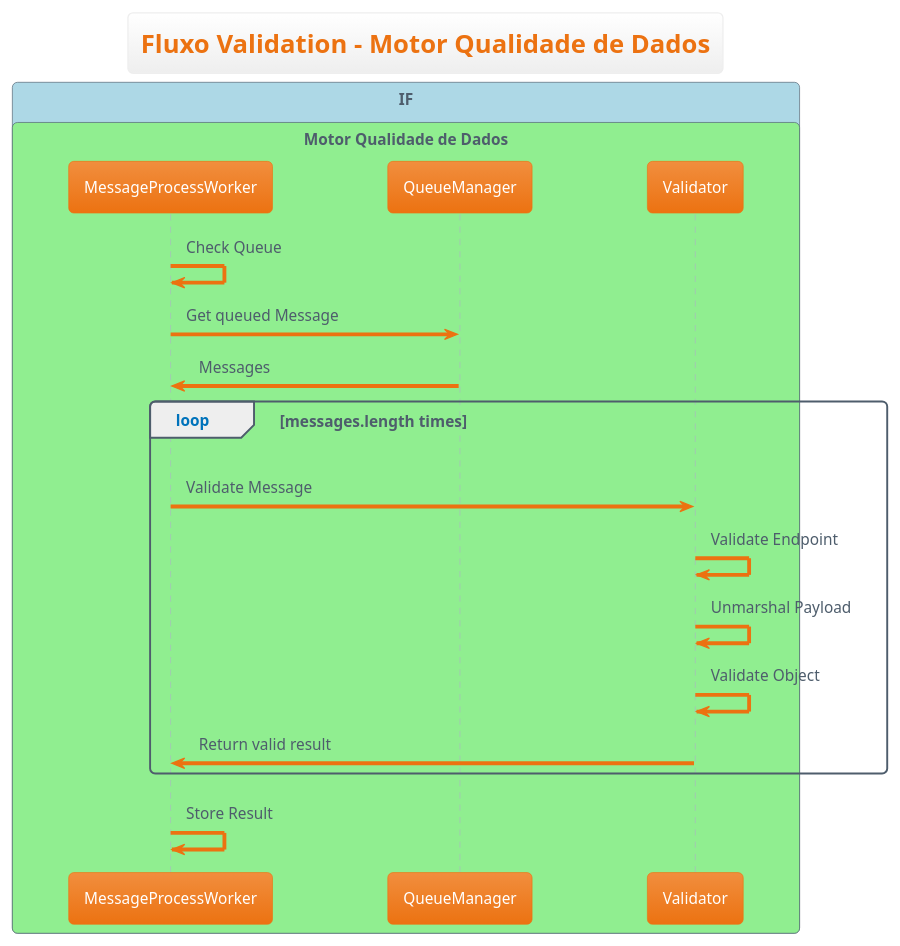
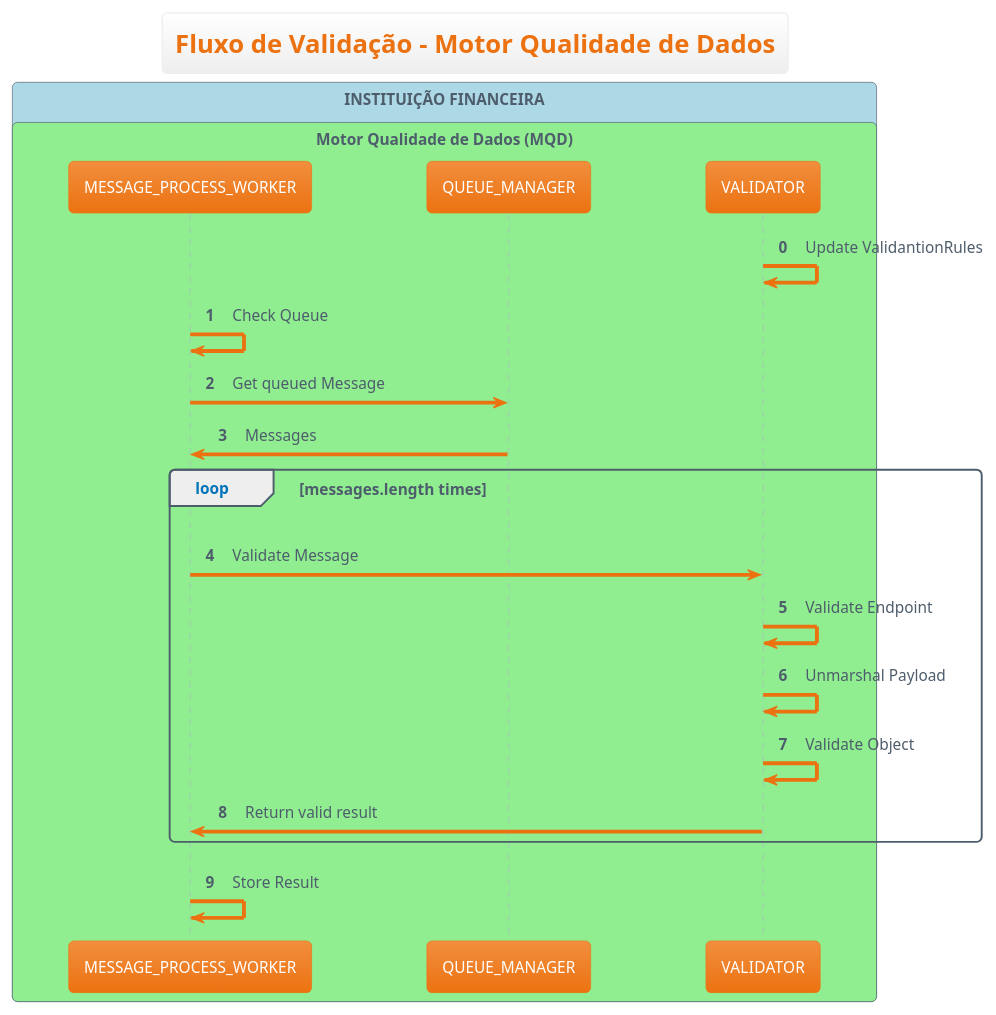
Before and after one commit to OpenBanking-Brasil/mqd-client: the diagram in docs/Arquitetura/desenhos/fluxo_Validation.puml, drawn with PlantUML. The commit also changed 9 other files, not shown here.

Commit message:
Architecture documentation was updated

```diff
--- a/docs/Arquitetura/desenhos/fluxo_Validation.puml
+++ b/docs/Arquitetura/desenhos/fluxo_Validation.puml
@@ -1,29 +1,30 @@
 @startuml
 !theme aws-orange
-title Fluxo Validation - Motor Qualidade de Dados
-
+title Fluxo de Validação - Motor Qualidade de Dados
 
 !pragma teoz true
-box "IF" #LightBlue
-  box "Motor Qualidade de Dados" #LightGreen
-    participant MessageProcessWorker
-    participant QueueManager
-    participant Validator
+box "INSTITUIÇÃO FINANCEIRA" #LightBlue
+  box "Motor Qualidade de Dados (MQD)" #LightGreen
+    participant MESSAGE_PROCESS_WORKER
+    participant QUEUE_MANAGER
+    participant VALIDATOR
   end box
 end box
 
-MessageProcessWorker -> MessageProcessWorker: Check Queue
+autonumber 0
+VALIDATOR -> VALIDATOR: Update ValidantionRules
+MESSAGE_PROCESS_WORKER -> MESSAGE_PROCESS_WORKER: Check Queue
 
-MessageProcessWorker -> QueueManager: Get queued Message
-QueueManager-> MessageProcessWorker: Messages
+MESSAGE_PROCESS_WORKER -> QUEUE_MANAGER: Get queued Message
+QUEUE_MANAGER -> MESSAGE_PROCESS_WORKER: Messages
 loop messages.length times
-    MessageProcessWorker-> Validator : Validate Message
-    Validator -> Validator: Validate Endpoint
-    Validator -> Validator: Unmarshal Payload
-    Validator -> Validator : Validate Object
-    Validator -> MessageProcessWorker: Return valid result
+    MESSAGE_PROCESS_WORKER -> VALIDATOR : Validate Message
+    VALIDATOR -> VALIDATOR: Validate Endpoint
+    VALIDATOR -> VALIDATOR: Unmarshal Payload
+    VALIDATOR -> VALIDATOR : Validate Object
+    VALIDATOR -> MESSAGE_PROCESS_WORKER: Return valid result
 end
 
-MessageProcessWorker -> MessageProcessWorker : Store Result
+MESSAGE_PROCESS_WORKER -> MESSAGE_PROCESS_WORKER : Store Result
 
 @enduml
```
